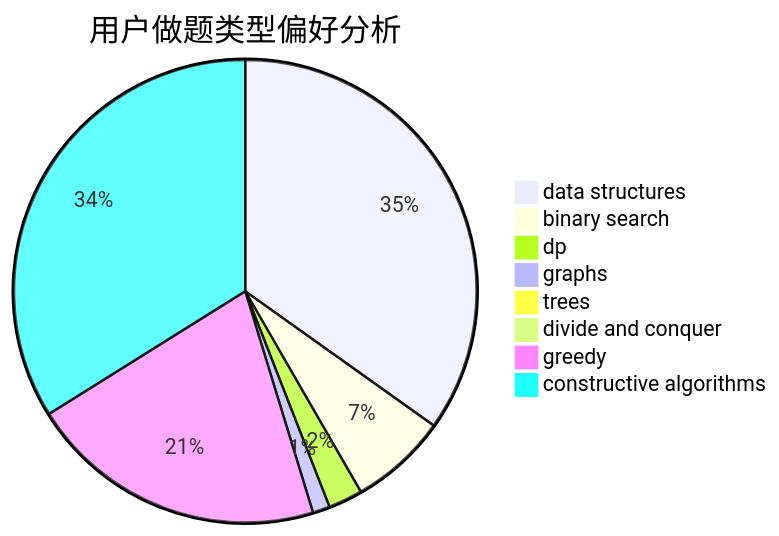
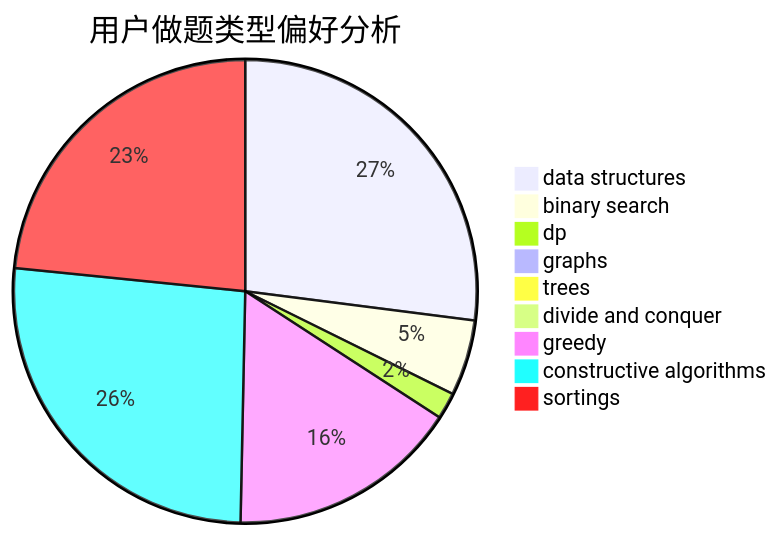
The second of 3 diagrams in docs/user/u276.md (sherpahu/cfrs.github.io), drawn with Mermaid before and after one commit. The commit also changed other lines of this file and 2769 other files, not shown here.

````diff
--- a/docs/user/u276.md
+++ b/docs/user/u276.md
@@ -23,11 +18,12 @@
 ```mermaid
 pie title 用户做题类型偏好分析
     "data structures" :  291
     "binary search" :  57
     "dp" :  20
     "graphs" :  10
     "trees" :  4
     "divide and conquer" :  0
     "greedy" :  174
     "constructive algorithms" :  283
+    "sortings" :  252
 ```
````
